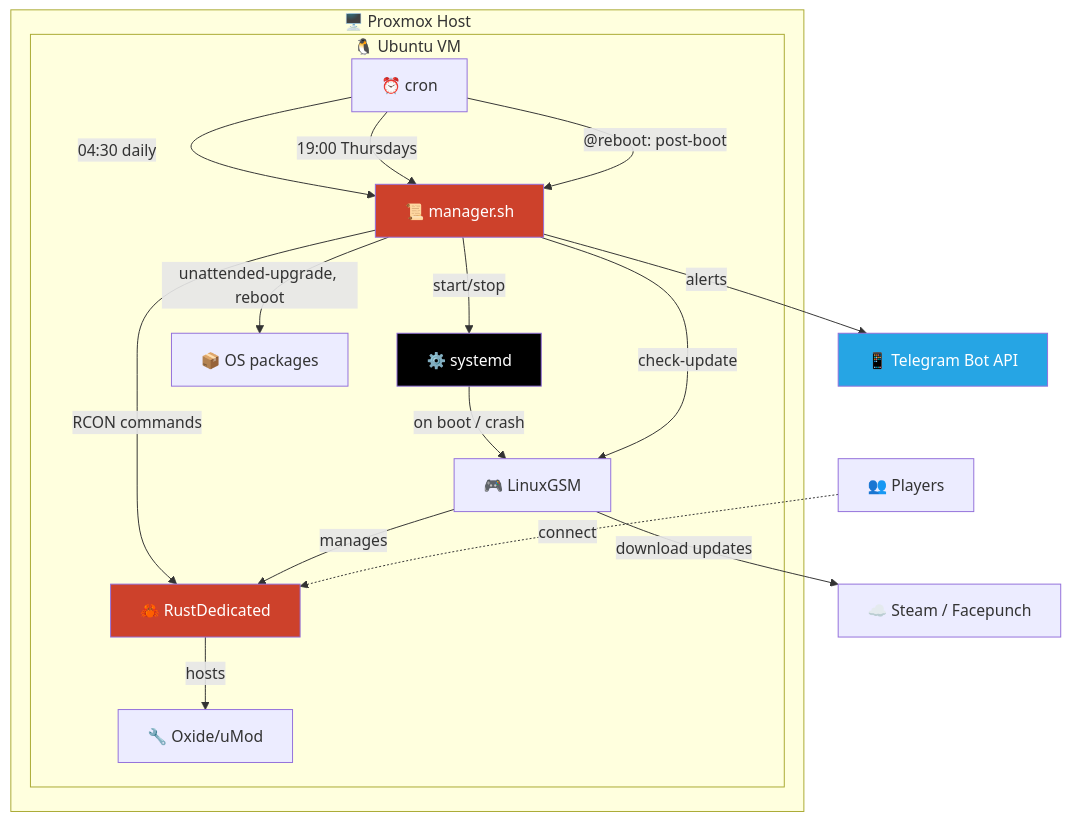
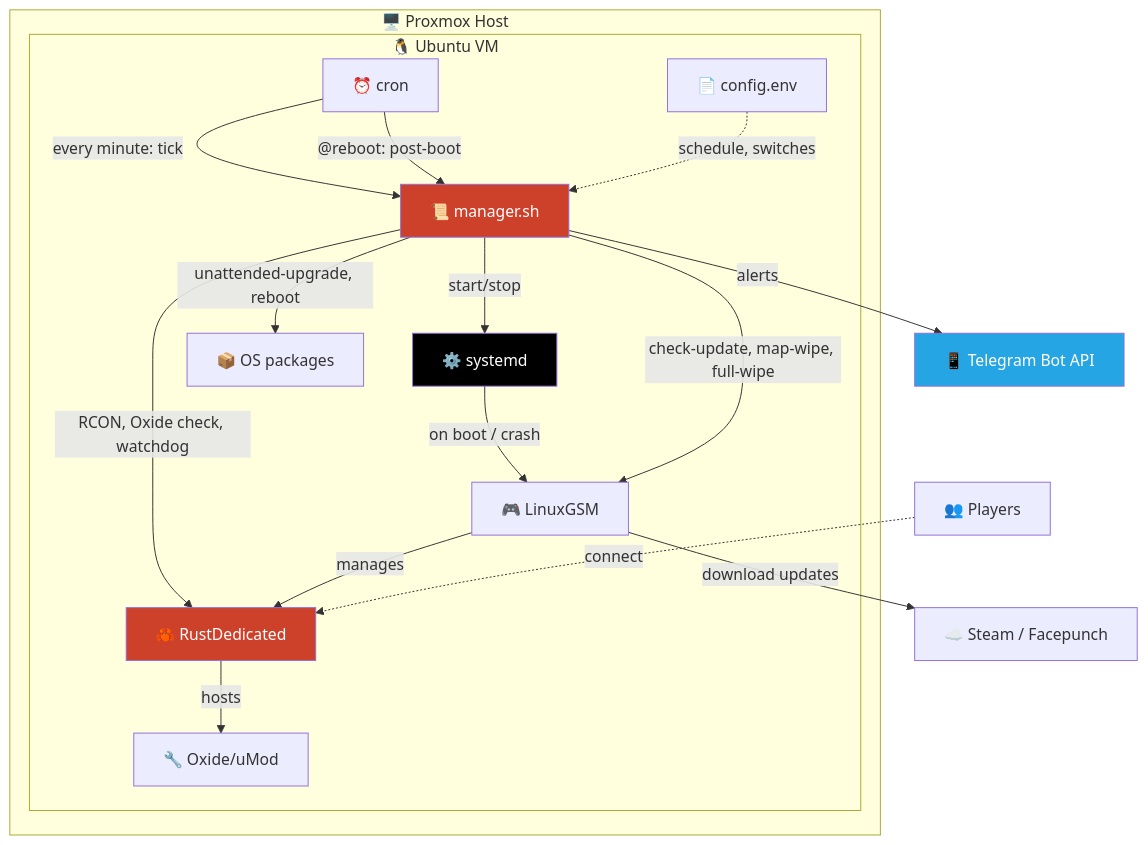
Before and after one commit to wobujidao/rust-wipe-manager: the first of 7 diagrams in README.md, drawn with Mermaid. The commit also changed other lines of this file and 2 other files, not shown here.

Commit message:
docs: config-driven scheduler, map wipes, watchdog, Oxide check, languages

````diff
--- a/README.md
+++ b/README.md
@@ -68,37 +95,38 @@
 ```mermaid
 graph TB
     subgraph "🖥️ Proxmox Host"
         subgraph "🐧 Ubuntu VM"
             CRON[⏰ cron]
             SYSTEMD[⚙️ systemd]
             MANAGER[📜 manager.sh]
             LGSM[🎮 LinuxGSM]
             RUST[🦀 RustDedicated]
             OXIDE[🔧 Oxide/uMod]
             OS[📦 OS packages]
+            CONF[📄 config.env]
         end
     end
 
     TG[📱 Telegram Bot API]
     STEAM[☁️ Steam / Facepunch]
     PLAYERS[👥 Players]
 
-    CRON -->|"04:30 daily"| MANAGER
-    CRON -->|"19:00 Thursdays"| MANAGER
+    CRON -->|"every minute: tick"| MANAGER
     CRON -->|"@reboot: post-boot"| MANAGER
+    CONF -.->|"schedule, switches"| MANAGER
     SYSTEMD -->|"on boot / crash"| LGSM
     MANAGER -->|"start/stop"| SYSTEMD
-    MANAGER -->|"RCON commands"| RUST
-    MANAGER -->|"check-update"| LGSM
+    MANAGER -->|"RCON, Oxide check, watchdog"| RUST
+    MANAGER -->|"check-update, map-wipe, full-wipe"| LGSM
     MANAGER -->|"unattended-upgrade, reboot"| OS
     MANAGER -->|"alerts"| TG
     LGSM -->|"download updates"| STEAM
     LGSM -->|"manages"| RUST
     RUST -->|"hosts"| OXIDE
     PLAYERS -.->|"connect"| RUST
 
     style MANAGER fill:#CD412B,color:#fff
     style RUST fill:#CD412B,color:#fff
     style TG fill:#26A5E4,color:#fff
     style SYSTEMD fill:#000,color:#fff
 ```
````
